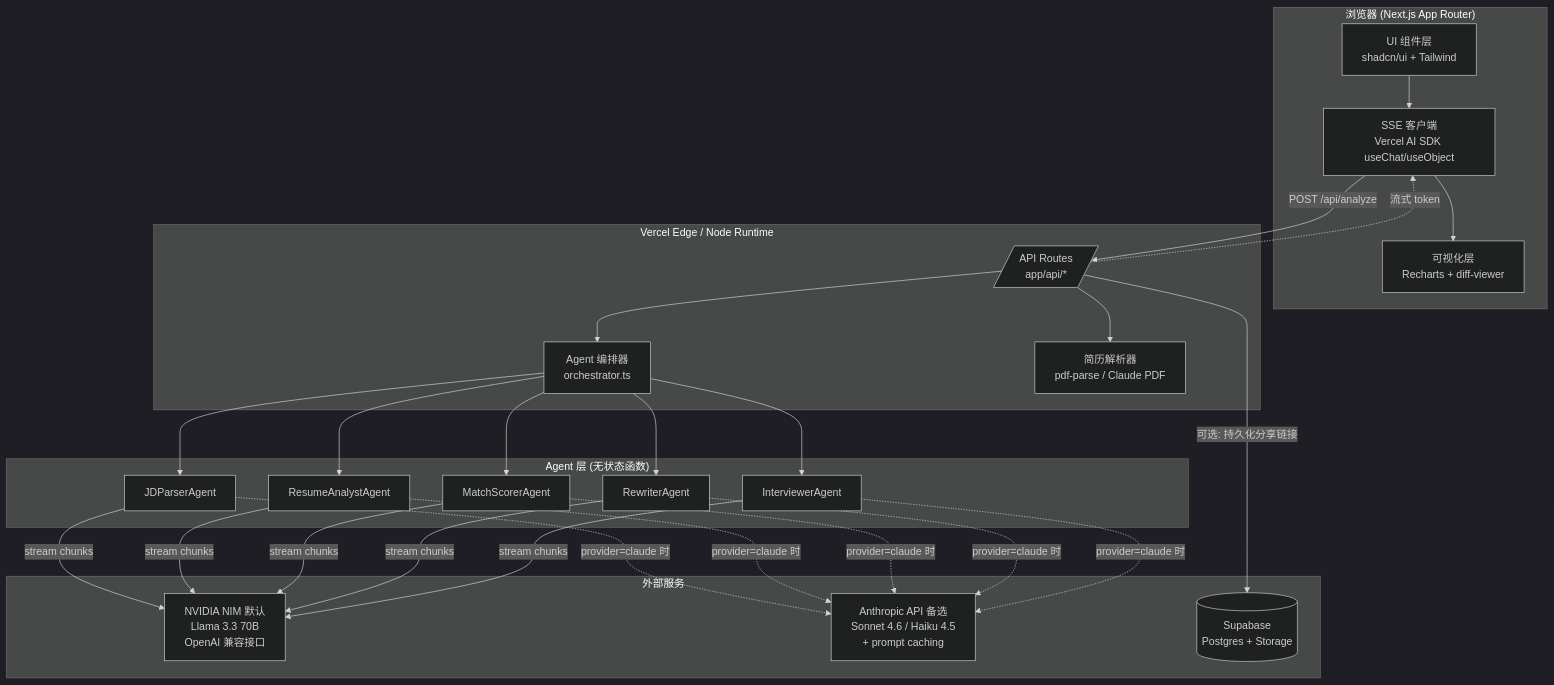
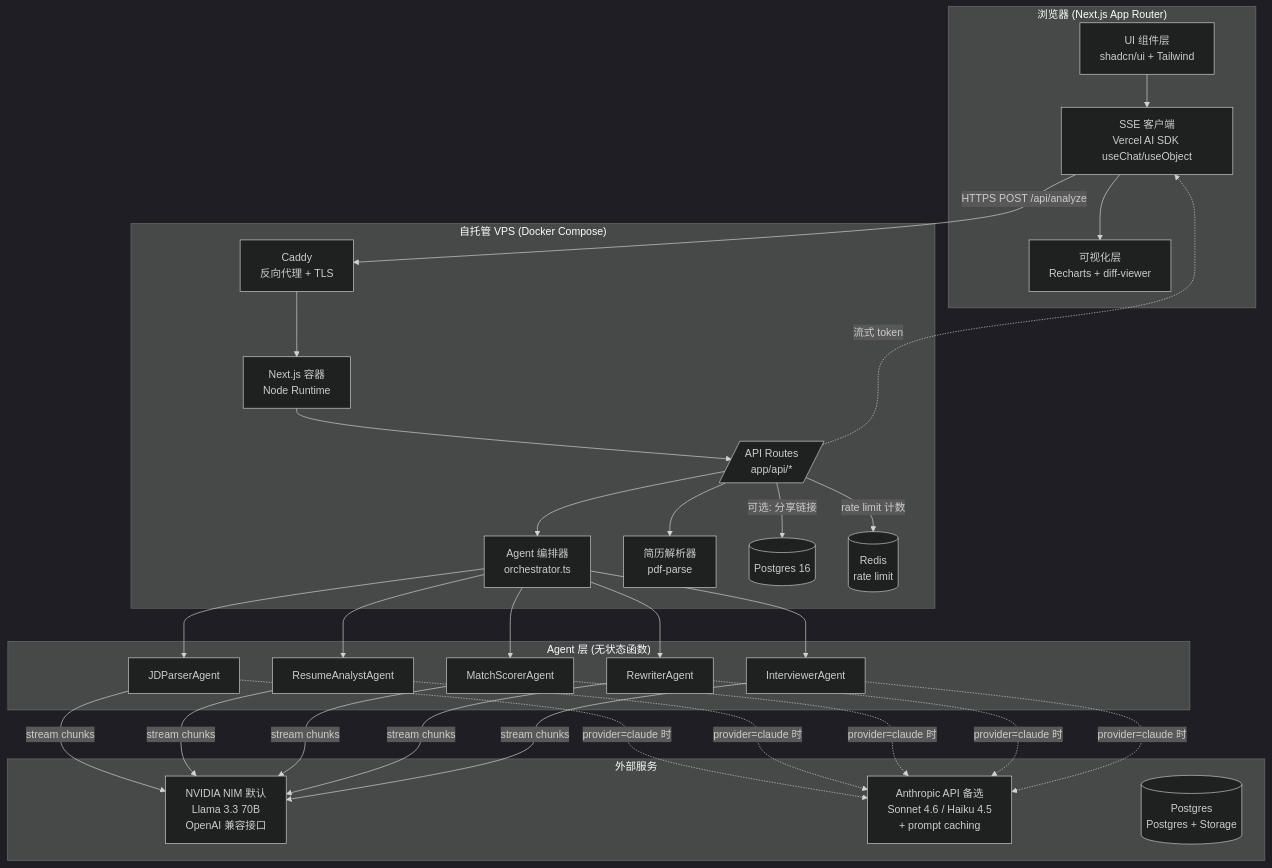
The first of 2 diagrams in docs/architecture.md (kinghy949/joblens), drawn with Mermaid (dark theme) before and after one commit. The commit also changed other lines of this file and 1 other file, not shown here.

Commit message:
Switch deployment to self-hosted Docker Compose (Caddy + Next + Postgres + Redis)

````diff
--- a/docs/architecture.md
+++ b/docs/architecture.md
@@ -10,39 +10,46 @@
 ```mermaid
 flowchart TB
     subgraph Client["浏览器 (Next.js App Router)"]
         UI[UI 组件层<br/>shadcn/ui + Tailwind]
         SSE[SSE 客户端<br/>Vercel AI SDK useChat/useObject]
         Viz[可视化层<br/>Recharts + diff-viewer]
     end
 
-    subgraph Edge["Vercel Edge / Node Runtime"]
+    subgraph Server["自托管 VPS (Docker Compose)"]
+        Caddy[Caddy<br/>反向代理 + TLS]
+        Next[Next.js 容器<br/>Node Runtime]
         API[/API Routes<br/>app/api/*/]
         Orch[Agent 编排器<br/>orchestrator.ts]
-        Parse[简历解析器<br/>pdf-parse / Claude PDF]
+        Parse[简历解析器<br/>pdf-parse]
+        PG[(Postgres 16)]
+        Redis[(Redis<br/>rate limit)]
     end
 
     subgraph Agents["Agent 层 (无状态函数)"]
         A1[JDParserAgent]
         A2[ResumeAnalystAgent]
         A3[MatchScorerAgent]
         A4[RewriterAgent]
         A5[InterviewerAgent]
     end
 
     subgraph External["外部服务"]
         NIM[NVIDIA NIM 默认<br/>Llama 3.3 70B<br/>OpenAI 兼容接口]
         Claude[Anthropic API 备选<br/>Sonnet 4.6 / Haiku 4.5<br/>+ prompt caching]
-        Supa[(Supabase<br/>Postgres + Storage)]
+        Supa[(Postgres<br/>Postgres + Storage)]
     end
 
     UI --> SSE
-    SSE -->|POST /api/analyze| API
+    SSE -->|HTTPS POST /api/analyze| Caddy
+    Caddy --> Next
+    Next --> API
     API --> Parse
     API --> Orch
     Orch --> A1 & A2 & A3 & A4 & A5
     A1 & A2 & A3 & A4 & A5 -->|stream chunks| NIM
     A1 & A2 & A3 & A4 & A5 -.->|provider=claude 时| Claude
-    API -->|可选: 持久化分享链接| Supa
+    API -->|可选: 分享链接| PG
+    API -->|rate limit 计数| Redis
     API -.->|流式 token| SSE
     SSE --> Viz
 ```
````
